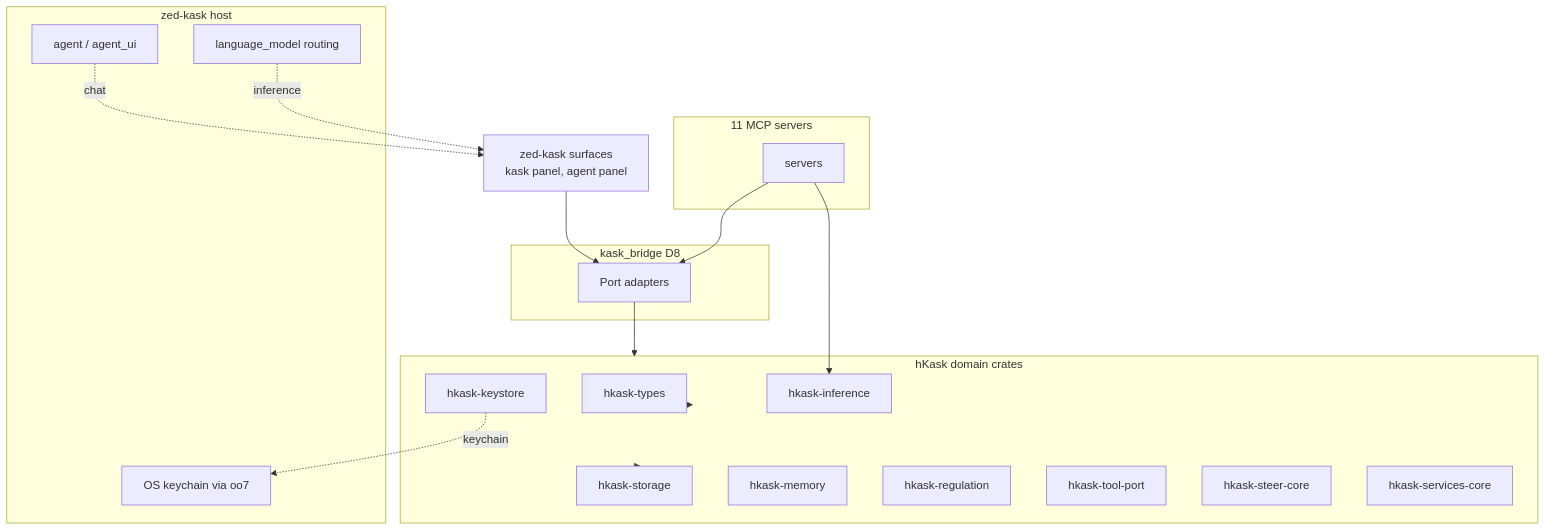
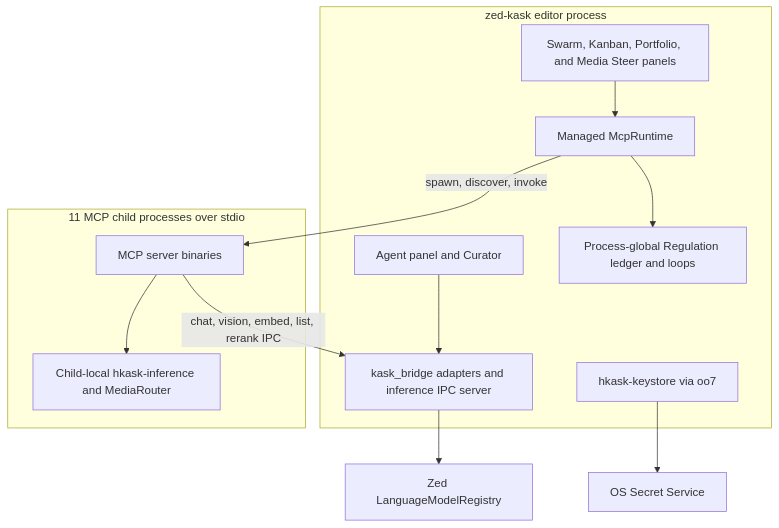
The diagram in kask/docs/architecture/core/MDS.md (mdz-axo/zed-kask), drawn with Mermaid before and after one commit. The commit also changed other lines of this file and 13 other files, not shown here.

````diff
--- a/kask/docs/architecture/core/MDS.md
+++ b/kask/docs/architecture/core/MDS.md
@@ -516,36 +504,26 @@
 ```mermaid
 graph TD
-    ZEDSURF["zed-kask surfaces<br/>kask panel, agent panel"]
-    subgraph BRIDGE["kask_bridge D8"]
-        ADAPT["Port adapters"]
+    subgraph EDITOR["zed-kask editor process"]
+        AGENT[Agent panel and Curator]
+        STEER[Swarm, Kanban, Portfolio, and Media Steer panels]
+        BRIDGE[kask_bridge adapters and inference IPC server]
+        RUNTIME[Managed McpRuntime]
+        REG[Process-global Regulation ledger and loops]
+        KEYSTORE[hkask-keystore via oo7]
     end
-    subgraph MCP["11 MCP servers"]
-        MSRV[servers]
+    subgraph CHILDREN["11 MCP child processes over stdio"]
+        MCP[MCP server binaries]
+        LOCALINF[Child-local hkask-inference and MediaRouter]
     end
-    subgraph HKASK["hKask domain crates"]
-        TYPES[hkask-types]
-        STORE[hkask-storage]
-        MEM[hkask-memory]
-        REG[hkask-regulation]
-        CAP[hkask-tool-port]
-        KS[hkask-keystore]
-        STEER[hkask-steer-core]
-        INF[hkask-inference]
-        SVCCORE[hkask-services-core]
-    end
-    subgraph ZED["zed-kask host"]
-        CRED[OS keychain via oo7]
-        LM[language_model routing]
-        AGENT[agent / agent_ui]
-    end
+    HOSTLM[Zed LanguageModelRegistry]
+    SECRET[OS Secret Service]
 
-    ZEDSURF --> ADAPT
-    MSRV --> ADAPT
-    ADAPT --> HKASK
-    KS -.->|keychain| CRED
-    MSRV --> INF
-    HKASK --> TYPES
-    HKASK --> STORE
-    AGENT -.->|chat| ZEDSURF
-    LM -.->|inference| ZEDSURF
+    AGENT --> BRIDGE
+    STEER --> RUNTIME
+    RUNTIME -->|spawn, discover, invoke| MCP
+    RUNTIME --> REG
+    MCP -->|chat, vision, embed, list, rerank IPC| BRIDGE
+    MCP --> LOCALINF
+    BRIDGE --> HOSTLM
+    KEYSTORE --> SECRET
 ```
````
